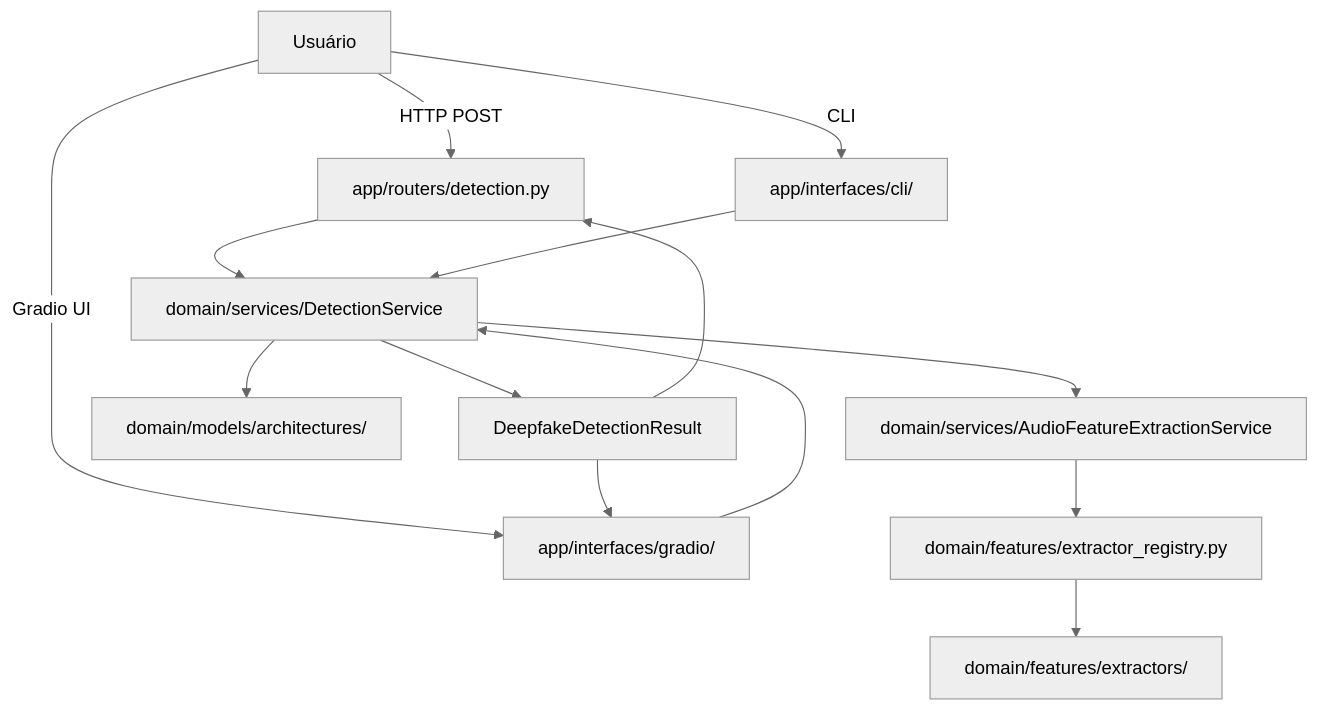
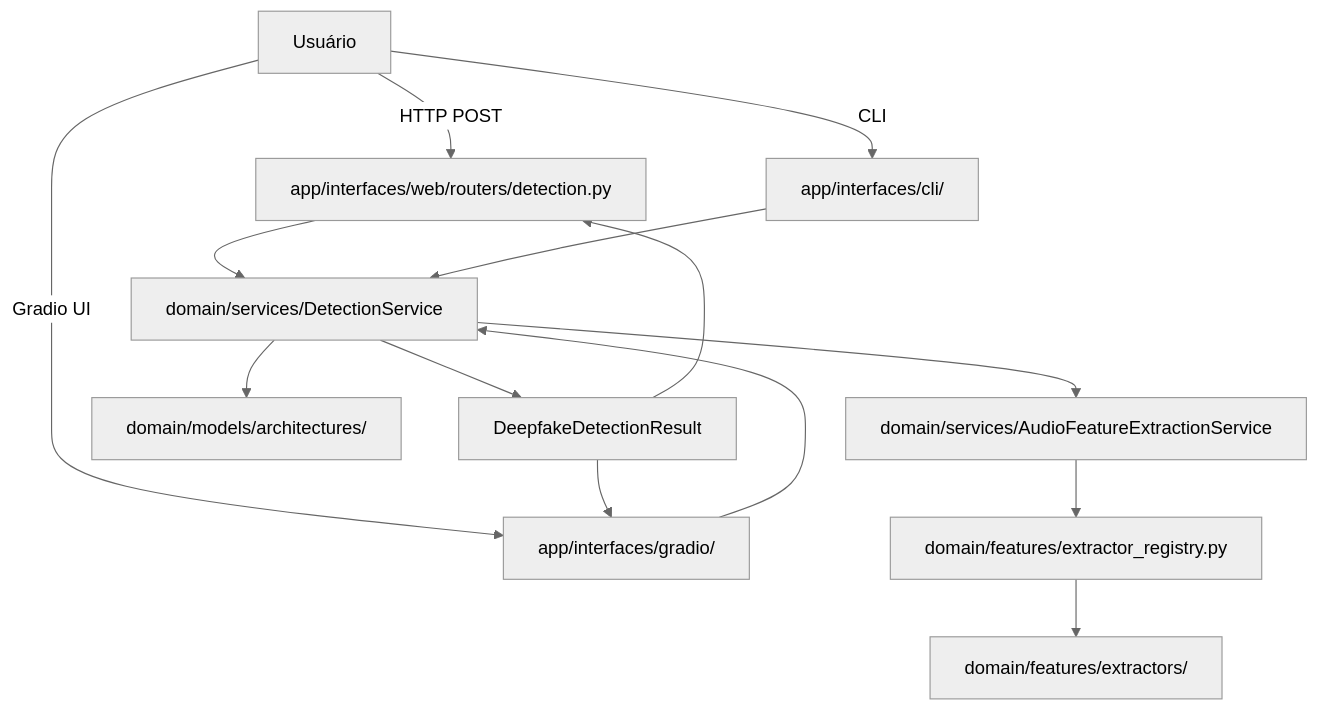
The first of 2 diagrams in docs/03_ARQUITETURA.md (thierrybraga/XFakeSong), drawn with Mermaid (neutral theme) before and after one commit. The commit also changed other lines of this file and 979 other files, not shown here.

````diff
--- a/docs/03_ARQUITETURA.md
+++ b/docs/03_ARQUITETURA.md
@@ -57,20 +54,20 @@
 ```mermaid
 graph TD
-    U[Usuário] -->|HTTP POST| R[app/routers/detection.py]
+    U[Usuário] -->|HTTP POST| R[app/interfaces/web/routers/detection.py]
     U -->|Gradio UI| G[app/interfaces/gradio/]
     U -->|CLI| C[app/interfaces/cli/]
 
     R --> DS[domain/services/DetectionService]
     G --> DS
     C --> DS
 
     DS --> FE[domain/services/AudioFeatureExtractionService]
     DS --> ML[domain/models/architectures/]
 
     FE --> REG[domain/features/extractor_registry.py]
     REG --> EXT[domain/features/extractors/]
 
     DS --> OUT[DeepfakeDetectionResult]
     OUT --> R
     OUT --> G
 ```
````
